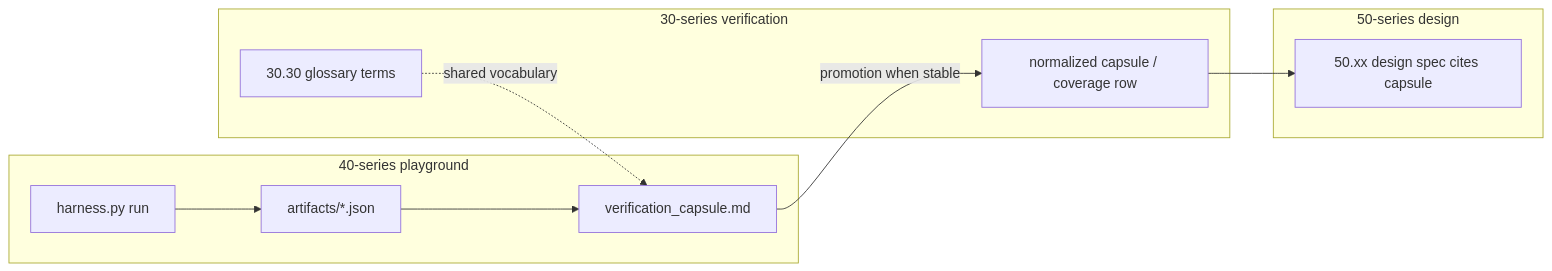
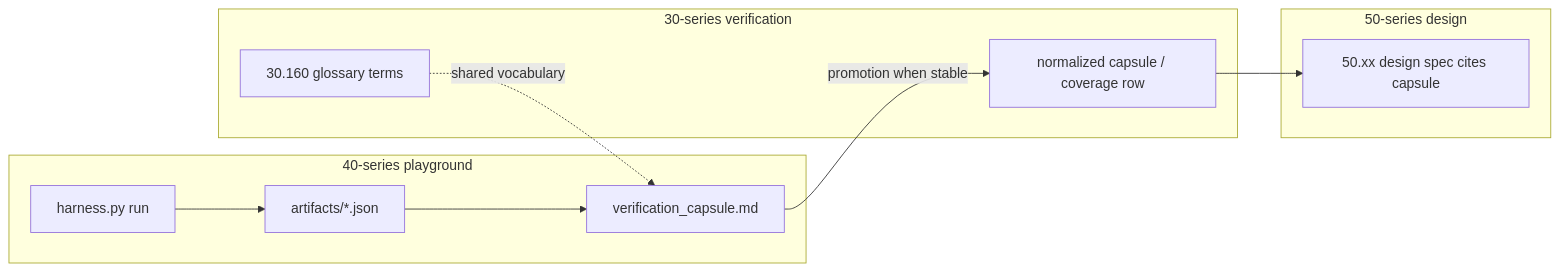
One commit to CuriousOne23/WhenMathPrays changed the diagram in thought_simulator/40_thought_simulator_playground/40.05_master_program_guide.md. Above: the diagram before and after it, drawn with Mermaid. The commit also changed other lines of this file and 279 other files, not shown here.

````diff
--- a/thought_simulator/40_thought_simulator_playground/40.05_master_program_guide.md
+++ b/thought_simulator/40_thought_simulator_playground/40.05_master_program_guide.md
@@ -73,19 +73,19 @@
 ```mermaid
 flowchart LR
   subgraph P40["40-series playground"]
     H[harness.py run]
     A[artifacts/*.json]
     C[verification_capsule.md]
   end
   subgraph P30["30-series verification"]
-    G[30.30 glossary terms]
+    G[30.160 glossary terms]
     V[normalized capsule / coverage row]
   end
   subgraph P50["50-series design"]
     D[50.xx design spec cites capsule]
   end
   H --> A --> C
   C -->|promotion when stable| V
   V --> D
   G -.->|shared vocabulary| C
 ```
````
